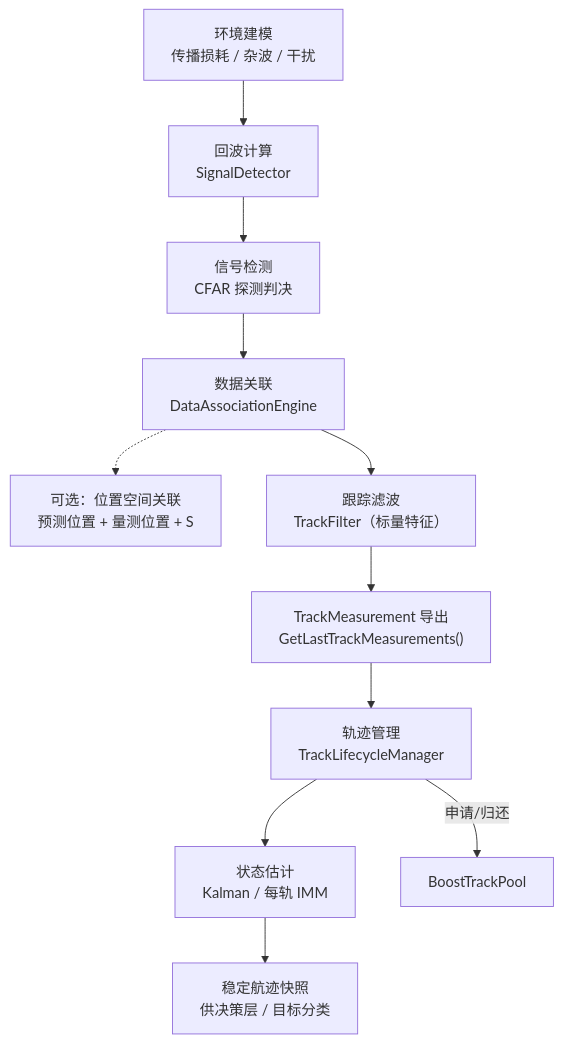
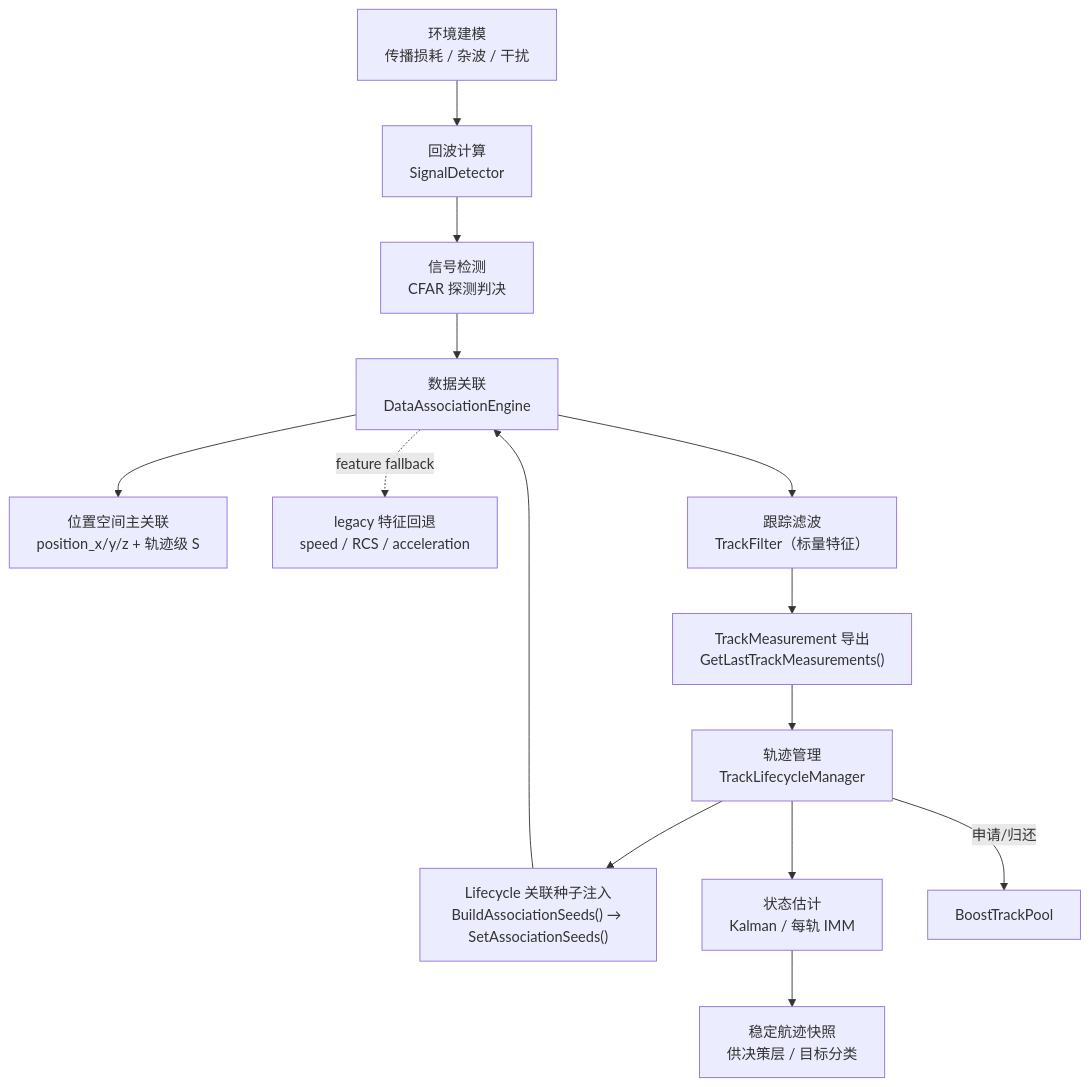
Before and after one commit to boilwater-3/1q: the first of 8 diagrams in doc/architecture/signal/signal-architecture.md, drawn with Mermaid. The commit also changed other lines of this file and 2 other files, not shown here.

````diff
--- a/doc/architecture/signal/signal-architecture.md
+++ b/doc/architecture/signal/signal-architecture.md
@@ -73,17 +73,21 @@
 ```mermaid
 flowchart TD
     ENV["环境建模<br/>传播损耗 / 杂波 / 干扰"]
     ECHO["回波计算<br/>SignalDetector"]
     DETECT["信号检测<br/>CFAR 探测判决"]
+    SEEDS["Lifecycle 关联种子注入<br/>BuildAssociationSeeds() → SetAssociationSeeds()"]
     ASSOC["数据关联<br/>DataAssociationEngine"]
-    ASSOC_DETAIL["可选：位置空间关联<br/>预测位置 + 量测位置 + S"]
+    POS_ASSOC["位置空间主关联<br/>position_x/y/z + 轨迹级 S"]
+    LEGACY_ASSOC["legacy 特征回退<br/>speed / RCS / acceleration"]
     FILTER["跟踪滤波<br/>TrackFilter（标量特征）"]
     MEAS["TrackMeasurement 导出<br/>GetLastTrackMeasurements()"]
     LIFECYCLE["轨迹管理<br/>TrackLifecycleManager"]
     KFIMM["状态估计<br/>Kalman / 每轨 IMM"]
     SNAPSHOT["稳定航迹快照<br/>供决策层 / 目标分类"]
 
     ENV --> ECHO --> DETECT --> ASSOC --> FILTER --> MEAS --> LIFECYCLE --> KFIMM --> SNAPSHOT
-    ASSOC -.-> ASSOC_DETAIL
+    LIFECYCLE --> SEEDS --> ASSOC
+    ASSOC --> POS_ASSOC
+    ASSOC -. feature fallback .-> LEGACY_ASSOC
     LIFECYCLE -->|"申请/归还"| POOL["BoostTrackPool"]
 ```
````
